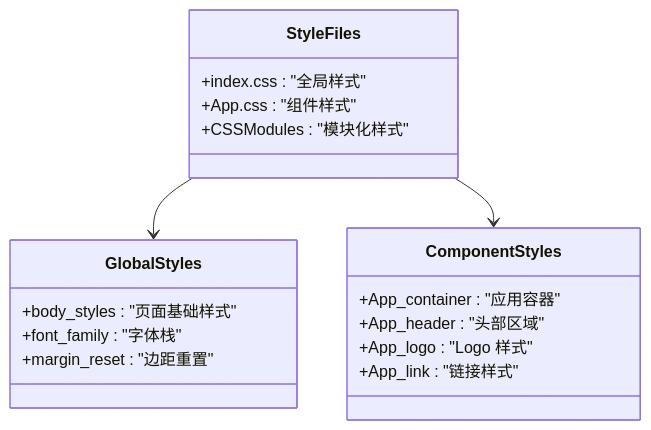
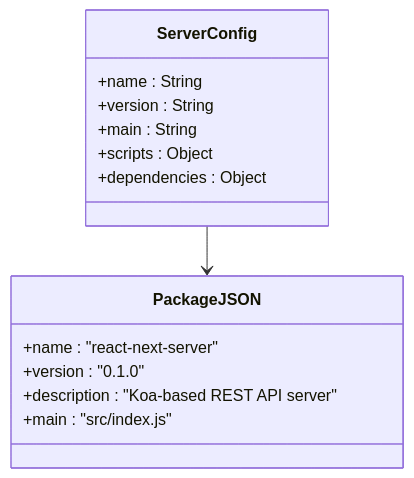
Before and after one commit to kkxxll/reactNext: diagram 11 of 16 in .qoder/repowiki/zh/content/项目结构/项目结构.md, drawn with Mermaid. The commit also changed other lines of this file and 12 other files, not shown here.

````diff
--- a/.qoder/repowiki/zh/content/项目结构/项目结构.md
+++ b/.qoder/repowiki/zh/content/项目结构/项目结构.md
@@ -345,21 +457,17 @@
 ```mermaid
 classDiagram
-class StyleFiles {
-+index.css : "全局样式"
-+App.css : "组件样式"
-+CSSModules : "模块化样式"
+class ServerConfig {
++name : String
++version : String
++main : String
++scripts : Object
++dependencies : Object
 }
-class GlobalStyles {
-+body_styles : "页面基础样式"
-+font_family : "字体栈"
-+margin_reset : "边距重置"
+class PackageJSON {
++name : "react-next-server"
++version : "0.1.0"
++description : "Koa-based REST API server"
++main : "src/index.js"
 }
-class ComponentStyles {
-+App_container : "应用容器"
-+App_header : "头部区域"
-+App_logo : "Logo 样式"
-+App_link : "链接样式"
-}
-StyleFiles --> GlobalStyles
-StyleFiles --> ComponentStyles
+ServerConfig --> PackageJSON
 ```
````
